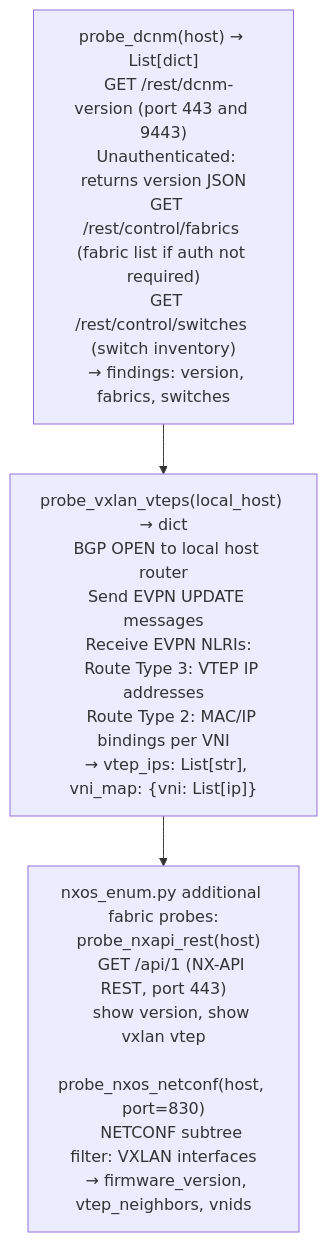
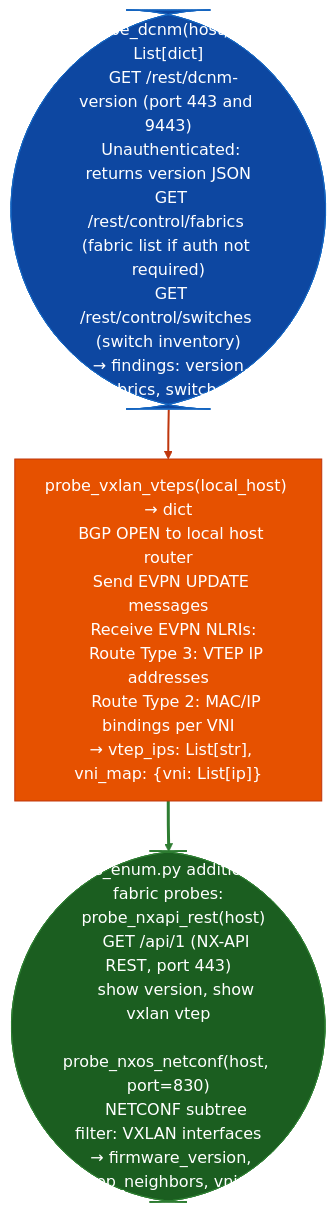
One commit to Ablation-Tool/ablation changed the diagram in docs/reference-modules/vxlan-dcnm-exposure.md. Above: the diagram before and after it, drawn with Mermaid. The commit also changed 320 other files, not shown here.

First line of the commit message:
docs: apply canonical Mermaid template to all 321 diagrams

````diff
--- a/docs/reference-modules/vxlan-dcnm-exposure.md
+++ b/docs/reference-modules/vxlan-dcnm-exposure.md
@@ -19,5 +19,13 @@
 ```mermaid
 flowchart TD
-    A["probe_dcnm(host) → List[dict]\n  GET /rest/dcnm-version (port 443 and 9443)\n  Unauthenticated: returns version JSON\n  GET /rest/control/fabrics (fabric list if auth not required)\n  GET /rest/control/switches (switch inventory)\n  → findings: version, fabrics, switches"] --> B["probe_vxlan_vteps(local_host) → dict\n  BGP OPEN to local host router\n  Send EVPN UPDATE messages\n  Receive EVPN NLRIs:\n    Route Type 3: VTEP IP addresses\n    Route Type 2: MAC/IP bindings per VNI\n  → vtep_ips: List[str], vni_map: {vni: List[ip]}"]
-    B --> C["nxos_enum.py additional fabric probes:\n  probe_nxapi_rest(host)\n    GET /api/1 (NX-API REST, port 443)\n    show version, show vxlan vtep\n  probe_nxos_netconf(host, port=830)\n    NETCONF subtree filter: VXLAN interfaces\n  → firmware_version, vtep_neighbors, vnids"]
+    A(["probe_dcnm(host) → List[dict]\n  GET /rest/dcnm-version (port 443 and 9443)\n  Unauthenticated: returns version JSON\n  GET /rest/control/fabrics (fabric list if auth not required)\n  GET /rest/control/switches (switch inventory)\n  → findings: version, fabrics, switches"]):::input --> B["probe_vxlan_vteps(local_host) → dict\n  BGP OPEN to local host router\n  Send EVPN UPDATE messages\n  Receive EVPN NLRIs:\n    Route Type 3: VTEP IP addresses\n    Route Type 2: MAC/IP bindings per VNI\n  → vtep_ips: List[str], vni_map: {vni: List[ip]}"]:::primary
+    B:::primary --> C(["nxos_enum.py additional fabric probes:\n  probe_nxapi_rest(host)\n    GET /api/1 (NX-API REST, port 443)\n    show version, show vxlan vtep\n  probe_nxos_netconf(host, port=830)\n    NETCONF subtree filter: VXLAN interfaces\n  → firmware_version, vtep_neighbors, vnids"]):::output
+    classDef input     fill:#0d47a1,stroke:#1565c0,color:#fff
+    classDef primary   fill:#e65100,stroke:#bf360c,color:#fff
+    classDef secondary fill:#004d40,stroke:#00695c,color:#fff
+    classDef tertiary  fill:#4a148c,stroke:#6a1b9a,color:#fff
+    classDef neutral   fill:#37474f,stroke:#546e7a,color:#fff
+    classDef output    fill:#1b5e20,stroke:#2e7d32,color:#fff
+    linkStyle 0 stroke:#bf360c,stroke-width:2px
+    linkStyle 1 stroke:#2e7d32,stroke-width:3px
 ```
````
